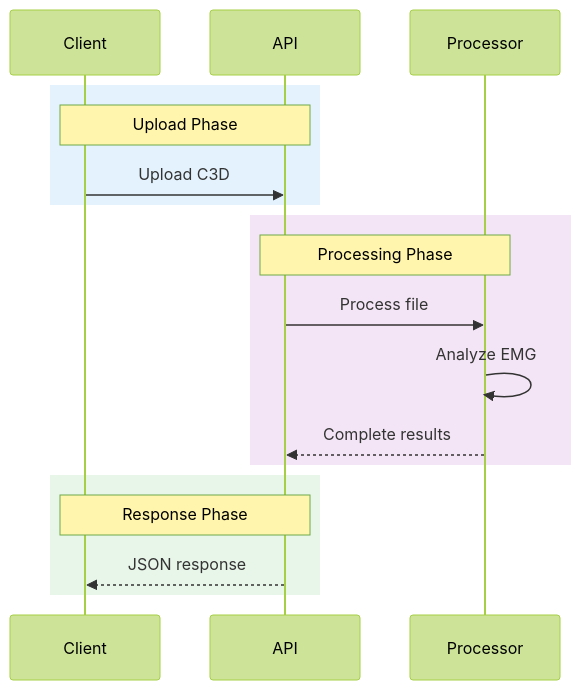
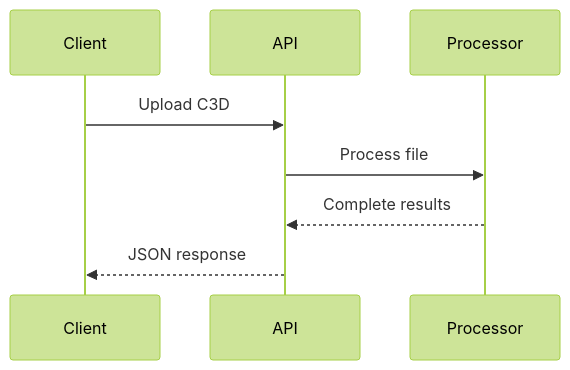
One commit to ggustin93/emg-c3d-analyzer changed the second of 3 diagrams in docusaurus/docs/architecture/overview.md. Above: the diagram before and after it, drawn with Mermaid (forest theme). The commit also changed other lines of this file and 3 other files, not shown here.

````diff
--- a/docusaurus/docs/architecture/overview.md
+++ b/docusaurus/docs/architecture/overview.md
@@ -244,23 +93,11 @@
 ```mermaid
 sequenceDiagram
     participant Client
     participant API
     participant Processor
     
-    rect rgb(227, 242, 253)
-        Note over Client,API: Upload Phase
-        Client->>API: Upload C3D
-    end
-    
-    rect rgb(243, 229, 245)
-        Note over API,Processor: Processing Phase
-        API->>Processor: Process file
-        Processor->>Processor: Analyze EMG
-        Processor-->>API: Complete results
-    end
-    
-    rect rgb(232, 245, 233)
-        Note over API,Client: Response Phase
-        API-->>Client: JSON response
-    end
+    Client->>API: Upload C3D
+    API->>Processor: Process file
+    Processor-->>API: Complete results
+    API-->>Client: JSON response
 ```
````
